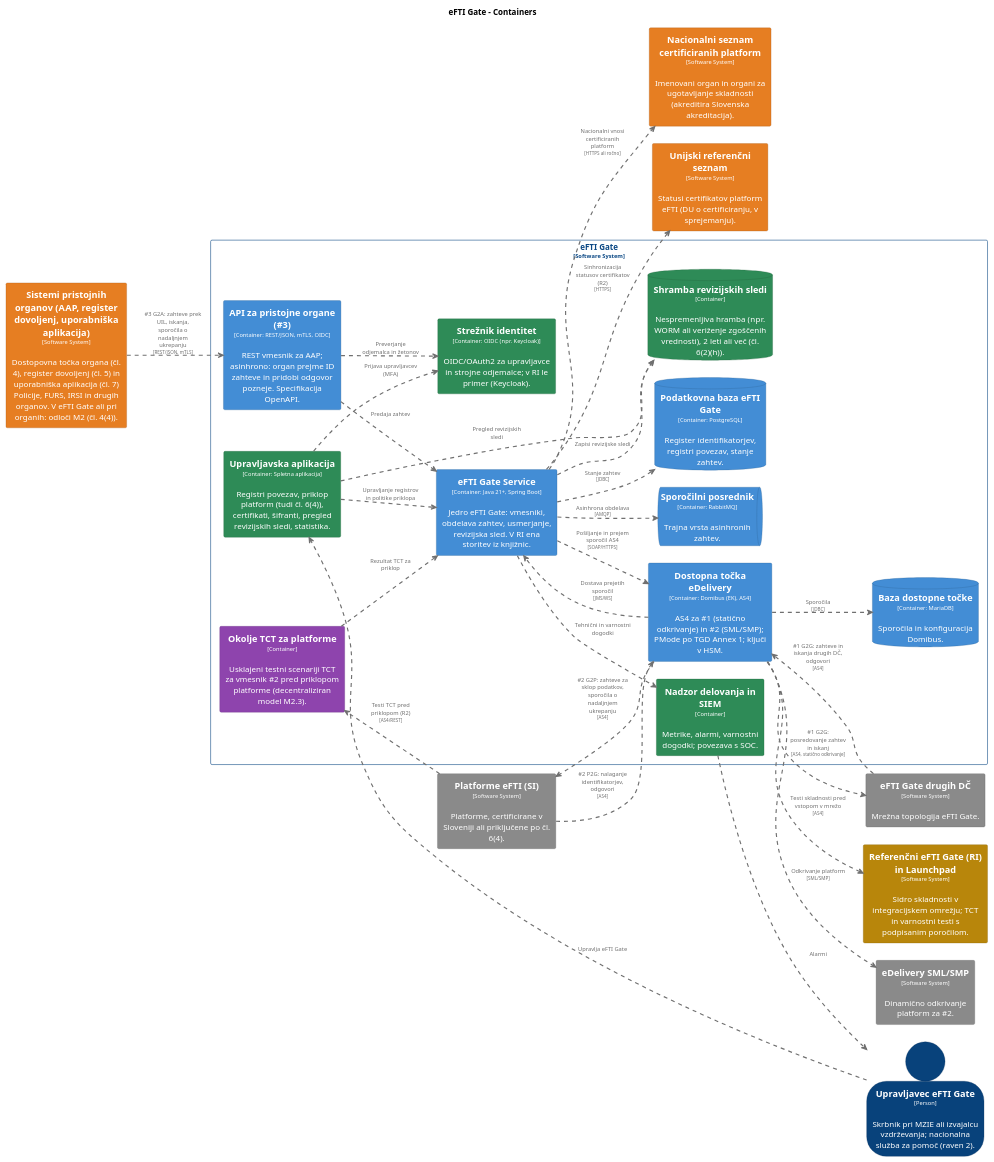
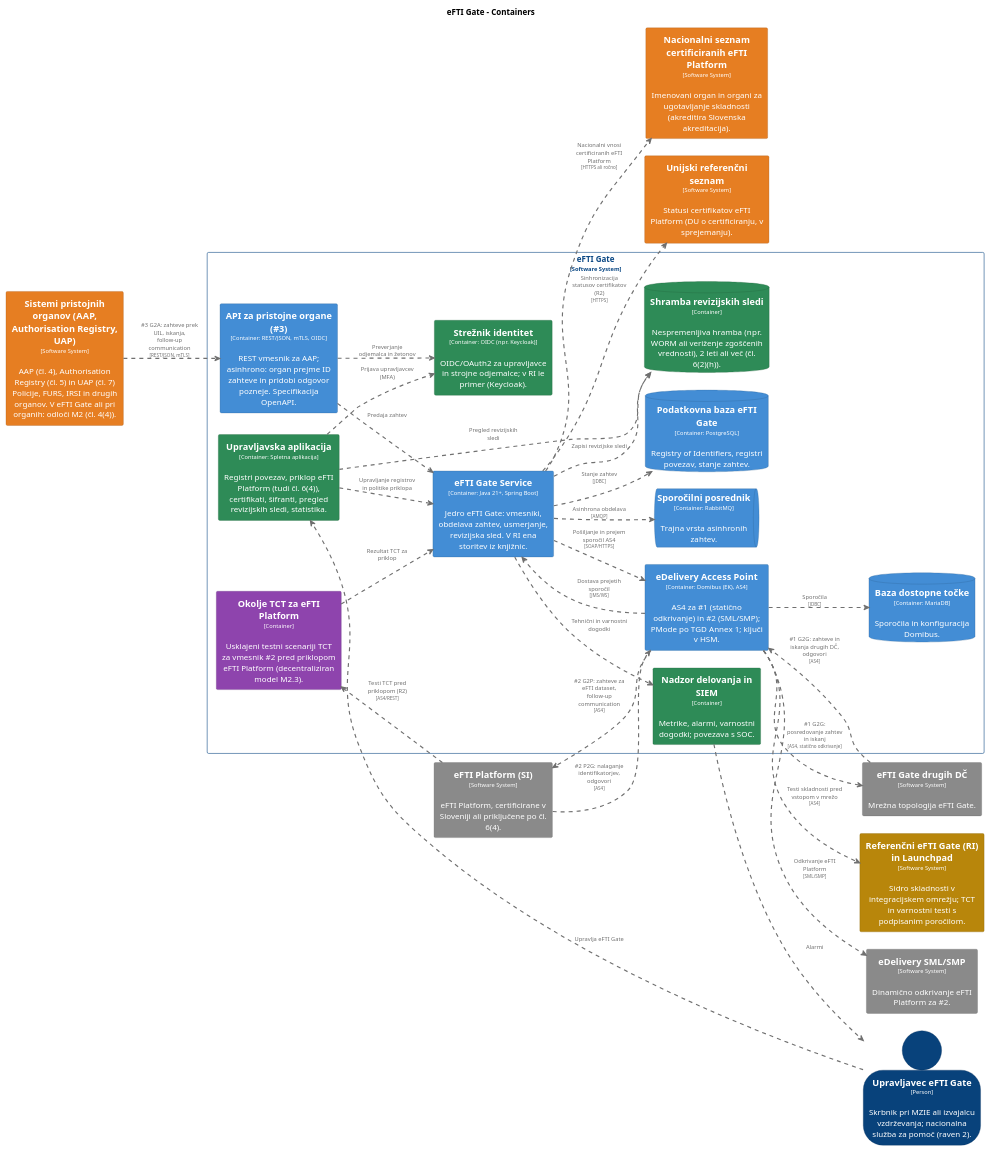
The diagram in architecture/diagrams/structurizr-C2-Vsebniki.puml (UM-KGPI/eFTI-Gate-SI), drawn with PlantUML before and after one commit. The commit also changed 38 other files, not shown here.

```diff
--- a/architecture/diagrams/structurizr-C2-Vsebniki.puml
+++ b/architecture/diagrams/structurizr-C2-Vsebniki.puml
@@ -27,13 +27,7 @@
   BorderColor #2e6295
   shadowing false
 }
-skinparam rectangle<<eFTIGate.DostopnatočkaeDelivery>> {
-  BackgroundColor #438dd5
-  FontColor #ffffff
-  BorderColor #2e6295
-  shadowing false
-}
-skinparam rectangle<<Nacionalniseznamcertificiranihplatform>> {
+skinparam rectangle<<NacionalniseznamcertificiraniheFTIPlatform>> {
   BackgroundColor #e67e22
   FontColor #ffffff
   BorderColor #a15817
@@ -45,16 +39,10 @@
   BorderColor #20613c
   shadowing false
 }
-skinparam rectangle<<eFTIGate.OkoljeTCTzaplatforme>> {
+skinparam rectangle<<eFTIGate.OkoljeTCTzaeFTIPlatform>> {
   BackgroundColor #8e44ad
   FontColor #ffffff
   BorderColor #632f79
-  shadowing false
-}
-skinparam rectangle<<PlatformeeFTISI>> {
-  BackgroundColor #8a8a8a
-  FontColor #ffffff
-  BorderColor #606060
   shadowing false
 }
 skinparam database<<eFTIGate.PodatkovnabazaeFTIGate>> {
@@ -75,7 +63,7 @@
   BorderColor #20613c
   shadowing false
 }
-skinparam rectangle<<SistemipristojnihorganovAAPregisterdovoljenjuporabniškaaplikacija>> {
+skinparam rectangle<<SistemipristojnihorganovAAPAuthorisationRegistryUAP>> {
   BackgroundColor #e67e22
   FontColor #ffffff
   BorderColor #a15817
@@ -111,6 +99,12 @@
   BorderColor #20613c
   shadowing false
 }
+skinparam rectangle<<eFTIGate.eDeliveryAccessPoint>> {
+  BackgroundColor #438dd5
+  FontColor #ffffff
+  BorderColor #2e6295
+  shadowing false
+}
 skinparam rectangle<<eDeliverySMLSMP>> {
   BackgroundColor #8a8a8a
   FontColor #ffffff
@@ -129,6 +123,12 @@
   BorderColor #606060
   shadowing false
 }
+skinparam rectangle<<eFTIPlatformSI>> {
+  BackgroundColor #8a8a8a
+  FontColor #ffffff
+  BorderColor #606060
+  shadowing false
+}
 skinparam rectangle<<eFTIGate>> {
   BorderColor #0b4884
   FontColor #0b4884
@@ -136,50 +136,50 @@
 }
 
 person "==Upravljavec eFTI Gate\n<size:10>[Person]</size>\n\nSkrbnik pri MZIE ali izvajalcu vzdrževanja; nacionalna služba za pomoč (raven 2)." <<UpravljaveceFTIGate>> as UpravljaveceFTIGate
-rectangle "==Sistemi pristojnih organov (AAP, register dovoljenj, uporabniška aplikacija)\n<size:10>[Software System]</size>\n\nDostopovna točka organa (čl. 4), register dovoljenj (čl. 5) in uporabniška aplikacija (čl. 7) Policije, FURS, IRSI in drugih organov. V eFTI Gate ali pri organih: odloči M2 (čl. 4(4))." <<SistemipristojnihorganovAAPregisterdovoljenjuporabniškaaplikacija>> as SistemipristojnihorganovAAPregisterdovoljenjuporabniškaaplikacija
-rectangle "==Platforme eFTI (SI)\n<size:10>[Software System]</size>\n\nPlatforme, certificirane v Sloveniji ali priključene po čl. 6(4)." <<PlatformeeFTISI>> as PlatformeeFTISI
-rectangle "==Nacionalni seznam certificiranih platform\n<size:10>[Software System]</size>\n\nImenovani organ in organi za ugotavljanje skladnosti (akreditira Slovenska akreditacija)." <<Nacionalniseznamcertificiranihplatform>> as Nacionalniseznamcertificiranihplatform
+rectangle "==Sistemi pristojnih organov (AAP, Authorisation Registry, UAP)\n<size:10>[Software System]</size>\n\nAAP (čl. 4), Authorisation Registry (čl. 5) in UAP (čl. 7) Policije, FURS, IRSI in drugih organov. V eFTI Gate ali pri organih: odloči M2 (čl. 4(4))." <<SistemipristojnihorganovAAPAuthorisationRegistryUAP>> as SistemipristojnihorganovAAPAuthorisationRegistryUAP
+rectangle "==eFTI Platform (SI)\n<size:10>[Software System]</size>\n\neFTI Platform, certificirane v Sloveniji ali priključene po čl. 6(4)." <<eFTIPlatformSI>> as eFTIPlatformSI
+rectangle "==Nacionalni seznam certificiranih eFTI Platform\n<size:10>[Software System]</size>\n\nImenovani organ in organi za ugotavljanje skladnosti (akreditira Slovenska akreditacija)." <<NacionalniseznamcertificiraniheFTIPlatform>> as NacionalniseznamcertificiraniheFTIPlatform
 rectangle "==eFTI Gate drugih DČ\n<size:10>[Software System]</size>\n\nMrežna topologija eFTI Gate." <<eFTIGatedrugihDČ>> as eFTIGatedrugihDČ
-rectangle "==Unijski referenčni seznam\n<size:10>[Software System]</size>\n\nStatusi certifikatov platform eFTI (DU o certificiranju, v sprejemanju)." <<Unijskireferenčniseznam>> as Unijskireferenčniseznam
-rectangle "==eDelivery SML/SMP\n<size:10>[Software System]</size>\n\nDinamično odkrivanje platform za #2." <<eDeliverySMLSMP>> as eDeliverySMLSMP
+rectangle "==Unijski referenčni seznam\n<size:10>[Software System]</size>\n\nStatusi certifikatov eFTI Platform (DU o certificiranju, v sprejemanju)." <<Unijskireferenčniseznam>> as Unijskireferenčniseznam
+rectangle "==eDelivery SML/SMP\n<size:10>[Software System]</size>\n\nDinamično odkrivanje eFTI Platform za #2." <<eDeliverySMLSMP>> as eDeliverySMLSMP
 rectangle "==Referenčni eFTI Gate (RI) in Launchpad\n<size:10>[Software System]</size>\n\nSidro skladnosti v integracijskem omrežju; TCT in varnostni testi s podpisanim poročilom." <<ReferenčnieFTIGateRIinLaunchpad>> as ReferenčnieFTIGateRIinLaunchpad
 
 rectangle "eFTI Gate\n<size:10>[Software System]</size>" <<eFTIGate>> {
   rectangle "==API za pristojne organe (#3)\n<size:10>[Container: REST/JSON, mTLS, OIDC]</size>\n\nREST vmesnik za AAP; asinhrono: organ prejme ID zahteve in pridobi odgovor pozneje. Specifikacija OpenAPI." <<eFTIGate.APIzapristojneorgane3>> as eFTIGate.APIzapristojneorgane3
   queue "==Sporočilni posrednik\n<size:10>[Container: RabbitMQ]</size>\n\nTrajna vrsta asinhronih zahtev." <<eFTIGate.Sporočilniposrednik>> as eFTIGate.Sporočilniposrednik
-  database "==Podatkovna baza eFTI Gate\n<size:10>[Container: PostgreSQL]</size>\n\nRegister identifikatorjev, registri povezav, stanje zahtev." <<eFTIGate.PodatkovnabazaeFTIGate>> as eFTIGate.PodatkovnabazaeFTIGate
-  rectangle "==Dostopna točka eDelivery\n<size:10>[Container: Domibus (EK), AS4]</size>\n\nAS4 za #1 (statično odkrivanje) in #2 (SML/SMP); PMode po TGD Annex 1; ključi v HSM." <<eFTIGate.DostopnatočkaeDelivery>> as eFTIGate.DostopnatočkaeDelivery
+  database "==Podatkovna baza eFTI Gate\n<size:10>[Container: PostgreSQL]</size>\n\nRegistry of Identifiers, registri povezav, stanje zahtev." <<eFTIGate.PodatkovnabazaeFTIGate>> as eFTIGate.PodatkovnabazaeFTIGate
+  rectangle "==eDelivery Access Point\n<size:10>[Container: Domibus (EK), AS4]</size>\n\nAS4 za #1 (statično odkrivanje) in #2 (SML/SMP); PMode po TGD Annex 1; ključi v HSM." <<eFTIGate.eDeliveryAccessPoint>> as eFTIGate.eDeliveryAccessPoint
   database "==Baza dostopne točke\n<size:10>[Container: MariaDB]</size>\n\nSporočila in konfiguracija Domibus." <<eFTIGate.Bazadostopnetočke>> as eFTIGate.Bazadostopnetočke
   rectangle "==Strežnik identitet\n<size:10>[Container: OIDC (npr. Keycloak)]</size>\n\nOIDC/OAuth2 za upravljavce in strojne odjemalce; v RI le primer (Keycloak)." <<eFTIGate.Strežnikidentitet>> as eFTIGate.Strežnikidentitet
-  rectangle "==Upravljavska aplikacija\n<size:10>[Container: Spletna aplikacija]</size>\n\nRegistri povezav, priklop platform (tudi čl. 6(4)), certifikati, šifranti, pregled revizijskih sledi, statistika." <<eFTIGate.Upravljavskaaplikacija>> as eFTIGate.Upravljavskaaplikacija
+  rectangle "==Upravljavska aplikacija\n<size:10>[Container: Spletna aplikacija]</size>\n\nRegistri povezav, priklop eFTI Platform (tudi čl. 6(4)), certifikati, šifranti, pregled revizijskih sledi, statistika." <<eFTIGate.Upravljavskaaplikacija>> as eFTIGate.Upravljavskaaplikacija
   database "==Shramba revizijskih sledi\n<size:10>[Container]</size>\n\nNespremenljiva hramba (npr. WORM ali veriženje zgoščenih vrednosti), 2 leti ali več (čl. 6(2)(h))." <<eFTIGate.Shrambarevizijskihsledi>> as eFTIGate.Shrambarevizijskihsledi
   rectangle "==Nadzor delovanja in SIEM\n<size:10>[Container]</size>\n\nMetrike, alarmi, varnostni dogodki; povezava s SOC." <<eFTIGate.NadzordelovanjainSIEM>> as eFTIGate.NadzordelovanjainSIEM
-  rectangle "==Okolje TCT za platforme\n<size:10>[Container]</size>\n\nUsklajeni testni scenariji TCT za vmesnik #2 pred priklopom platforme (decentraliziran model M2.3)." <<eFTIGate.OkoljeTCTzaplatforme>> as eFTIGate.OkoljeTCTzaplatforme
+  rectangle "==Okolje TCT za eFTI Platform\n<size:10>[Container]</size>\n\nUsklajeni testni scenariji TCT za vmesnik #2 pred priklopom eFTI Platform (decentraliziran model M2.3)." <<eFTIGate.OkoljeTCTzaeFTIPlatform>> as eFTIGate.OkoljeTCTzaeFTIPlatform
   rectangle "==eFTI Gate Service\n<size:10>[Container: Java 21+, Spring Boot]</size>\n\nJedro eFTI Gate: vmesniki, obdelava zahtev, usmerjanje, revizijska sled. V RI ena storitev iz knjižnic." <<eFTIGate.eFTIGateService>> as eFTIGate.eFTIGateService
 }
 
 eFTIGate.Upravljavskaaplikacija .[#707070,thickness=2].> eFTIGate.Shrambarevizijskihsledi : "<color:#707070>Pregled revizijskih sledi"
 eFTIGate.Upravljavskaaplikacija .[#707070,thickness=2].> eFTIGate.Strežnikidentitet : "<color:#707070>Prijava upravljavcev (MFA)"
-eFTIGate.OkoljeTCTzaplatforme .[#707070,thickness=2].> eFTIGate.eFTIGateService : "<color:#707070>Rezultat TCT za priklop"
+eFTIGate.OkoljeTCTzaeFTIPlatform .[#707070,thickness=2].> eFTIGate.eFTIGateService : "<color:#707070>Rezultat TCT za priklop"
 UpravljaveceFTIGate .[#707070,thickness=2].> eFTIGate.Upravljavskaaplikacija : "<color:#707070>Upravlja eFTI Gate"
 eFTIGate.NadzordelovanjainSIEM .[#707070,thickness=2].> UpravljaveceFTIGate : "<color:#707070>Alarmi"
-SistemipristojnihorganovAAPregisterdovoljenjuporabniškaaplikacija .[#707070,thickness=2].> eFTIGate.APIzapristojneorgane3 : "<color:#707070>#3 G2A: zahteve prek UIL, iskanja, sporočila o nadaljnjem ukrepanju\n<color:#707070><size:8>[REST/JSON, mTLS]</size>"
-eFTIGate.DostopnatočkaeDelivery .[#707070,thickness=2].> PlatformeeFTISI : "<color:#707070>#2 G2P: zahteve za sklop podatkov, sporočila o nadaljnjem ukrepanju\n<color:#707070><size:8>[AS4]</size>"
-PlatformeeFTISI .[#707070,thickness=2].> eFTIGate.DostopnatočkaeDelivery : "<color:#707070>#2 P2G: nalaganje identifikatorjev, odgovori\n<color:#707070><size:8>[AS4]</size>"
-eFTIGate.DostopnatočkaeDelivery .[#707070,thickness=2].> eFTIGatedrugihDČ : "<color:#707070>#1 G2G: posredovanje zahtev in iskanj\n<color:#707070><size:8>[AS4, statično odkrivanje]</size>"
-eFTIGatedrugihDČ .[#707070,thickness=2].> eFTIGate.DostopnatočkaeDelivery : "<color:#707070>#1 G2G: zahteve in iskanja drugih DČ, odgovori\n<color:#707070><size:8>[AS4]</size>"
-eFTIGate.DostopnatočkaeDelivery .[#707070,thickness=2].> eDeliverySMLSMP : "<color:#707070>Odkrivanje platform\n<color:#707070><size:8>[SML/SMP]</size>"
+SistemipristojnihorganovAAPAuthorisationRegistryUAP .[#707070,thickness=2].> eFTIGate.APIzapristojneorgane3 : "<color:#707070>#3 G2A: zahteve prek UIL, iskanja, follow-up communication\n<color:#707070><size:8>[REST/JSON, mTLS]</size>"
+eFTIGate.eDeliveryAccessPoint .[#707070,thickness=2].> eFTIPlatformSI : "<color:#707070>#2 G2P: zahteve za eFTI dataset, follow-up communication\n<color:#707070><size:8>[AS4]</size>"
+eFTIPlatformSI .[#707070,thickness=2].> eFTIGate.eDeliveryAccessPoint : "<color:#707070>#2 P2G: nalaganje identifikatorjev, odgovori\n<color:#707070><size:8>[AS4]</size>"
+eFTIGate.eDeliveryAccessPoint .[#707070,thickness=2].> eFTIGatedrugihDČ : "<color:#707070>#1 G2G: posredovanje zahtev in iskanj\n<color:#707070><size:8>[AS4, statično odkrivanje]</size>"
+eFTIGatedrugihDČ .[#707070,thickness=2].> eFTIGate.eDeliveryAccessPoint : "<color:#707070>#1 G2G: zahteve in iskanja drugih DČ, odgovori\n<color:#707070><size:8>[AS4]</size>"
+eFTIGate.eDeliveryAccessPoint .[#707070,thickness=2].> eDeliverySMLSMP : "<color:#707070>Odkrivanje eFTI Platform\n<color:#707070><size:8>[SML/SMP]</size>"
 eFTIGate.eFTIGateService .[#707070,thickness=2].> Unijskireferenčniseznam : "<color:#707070>Sinhronizacija statusov certifikatov (R2)\n<color:#707070><size:8>[HTTPS]</size>"
-eFTIGate.eFTIGateService .[#707070,thickness=2].> Nacionalniseznamcertificiranihplatform : "<color:#707070>Nacionalni vnosi certificiranih platform\n<color:#707070><size:8>[HTTPS ali ročno]</size>"
-eFTIGate.DostopnatočkaeDelivery .[#707070,thickness=2].> ReferenčnieFTIGateRIinLaunchpad : "<color:#707070>Testi skladnosti pred vstopom v mrežo\n<color:#707070><size:8>[AS4]</size>"
-PlatformeeFTISI .[#707070,thickness=2].> eFTIGate.OkoljeTCTzaplatforme : "<color:#707070>Testi TCT pred priklopom (R2)\n<color:#707070><size:8>[AS4/REST]</size>"
+eFTIGate.eFTIGateService .[#707070,thickness=2].> NacionalniseznamcertificiraniheFTIPlatform : "<color:#707070>Nacionalni vnosi certificiranih eFTI Platform\n<color:#707070><size:8>[HTTPS ali ročno]</size>"
+eFTIGate.eDeliveryAccessPoint .[#707070,thickness=2].> ReferenčnieFTIGateRIinLaunchpad : "<color:#707070>Testi skladnosti pred vstopom v mrežo\n<color:#707070><size:8>[AS4]</size>"
+eFTIPlatformSI .[#707070,thickness=2].> eFTIGate.OkoljeTCTzaeFTIPlatform : "<color:#707070>Testi TCT pred priklopom (R2)\n<color:#707070><size:8>[AS4/REST]</size>"
 eFTIGate.APIzapristojneorgane3 .[#707070,thickness=2].> eFTIGate.eFTIGateService : "<color:#707070>Predaja zahtev"
 eFTIGate.APIzapristojneorgane3 .[#707070,thickness=2].> eFTIGate.Strežnikidentitet : "<color:#707070>Preverjanje odjemalca in žetonov"
 eFTIGate.eFTIGateService .[#707070,thickness=2].> eFTIGate.Sporočilniposrednik : "<color:#707070>Asinhrona obdelava\n<color:#707070><size:8>[AMQP]</size>"
 eFTIGate.eFTIGateService .[#707070,thickness=2].> eFTIGate.PodatkovnabazaeFTIGate : "<color:#707070>Stanje zahtev\n<color:#707070><size:8>[JDBC]</size>"
-eFTIGate.eFTIGateService .[#707070,thickness=2].> eFTIGate.DostopnatočkaeDelivery : "<color:#707070>Pošiljanje in prejem sporočil AS4\n<color:#707070><size:8>[SOAP/HTTPS]</size>"
-eFTIGate.DostopnatočkaeDelivery .[#707070,thickness=2].> eFTIGate.eFTIGateService : "<color:#707070>Dostava prejetih sporočil\n<color:#707070><size:8>[JMS/WS]</size>"
-eFTIGate.DostopnatočkaeDelivery .[#707070,thickness=2].> eFTIGate.Bazadostopnetočke : "<color:#707070>Sporočila\n<color:#707070><size:8>[JDBC]</size>"
+eFTIGate.eFTIGateService .[#707070,thickness=2].> eFTIGate.eDeliveryAccessPoint : "<color:#707070>Pošiljanje in prejem sporočil AS4\n<color:#707070><size:8>[SOAP/HTTPS]</size>"
+eFTIGate.eDeliveryAccessPoint .[#707070,thickness=2].> eFTIGate.eFTIGateService : "<color:#707070>Dostava prejetih sporočil\n<color:#707070><size:8>[JMS/WS]</size>"
+eFTIGate.eDeliveryAccessPoint .[#707070,thickness=2].> eFTIGate.Bazadostopnetočke : "<color:#707070>Sporočila\n<color:#707070><size:8>[JDBC]</size>"
 eFTIGate.eFTIGateService .[#707070,thickness=2].> eFTIGate.Shrambarevizijskihsledi : "<color:#707070>Zapisi revizijske sledi"
 eFTIGate.eFTIGateService .[#707070,thickness=2].> eFTIGate.NadzordelovanjainSIEM : "<color:#707070>Tehnični in varnostni dogodki"
 eFTIGate.Upravljavskaaplikacija .[#707070,thickness=2].> eFTIGate.eFTIGateService : "<color:#707070>Upravljanje registrov in politike priklopa"
```
